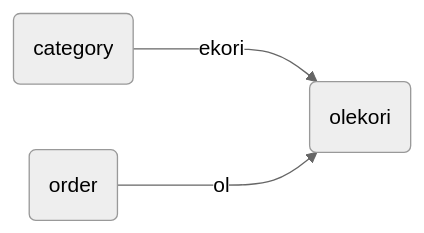
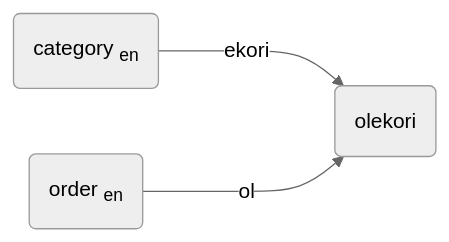
The diagram in Lexicon/Words/olekori.md (elecarno/songlang), drawn with Mermaid (neutral theme) before and after one commit. The commit also changed 6 other files, not shown here.

````diff
--- a/Lexicon/Words/olekori.md
+++ b/Lexicon/Words/olekori.md
@@ -6,5 +6,5 @@
 ```mermaid
 graph LR
-A(category) --->|ekori| C(olekori)
-B(order) --->|ol|C
+A(category <sub>en</sub>) --->|ekori| C(olekori)
+B(order <sub>en</sub>) --->|ol|C
 ```
````
